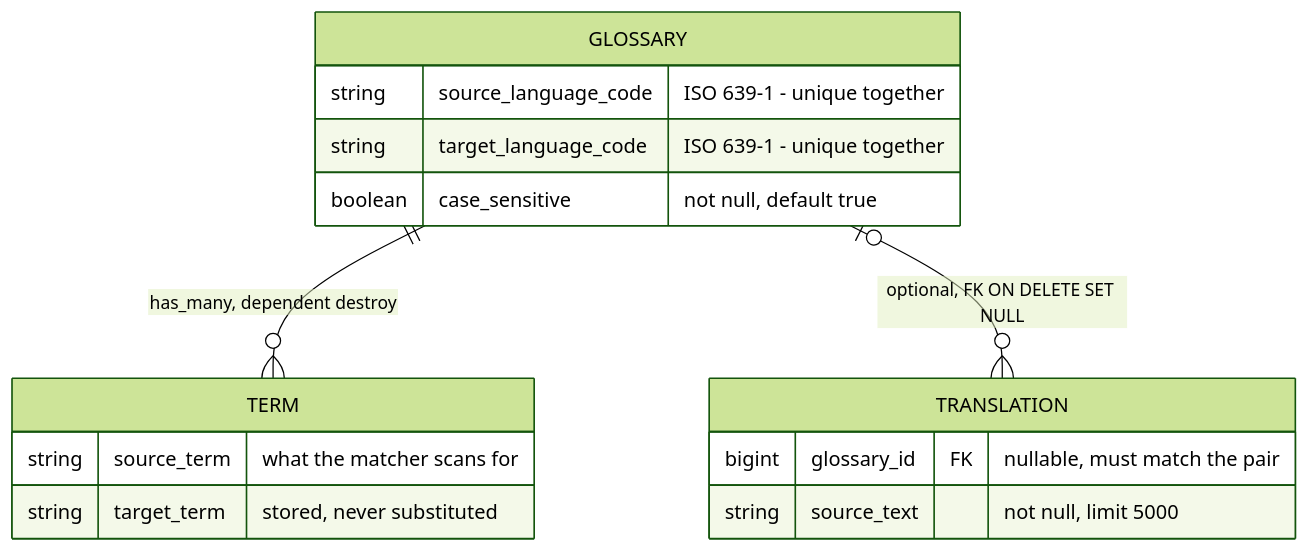
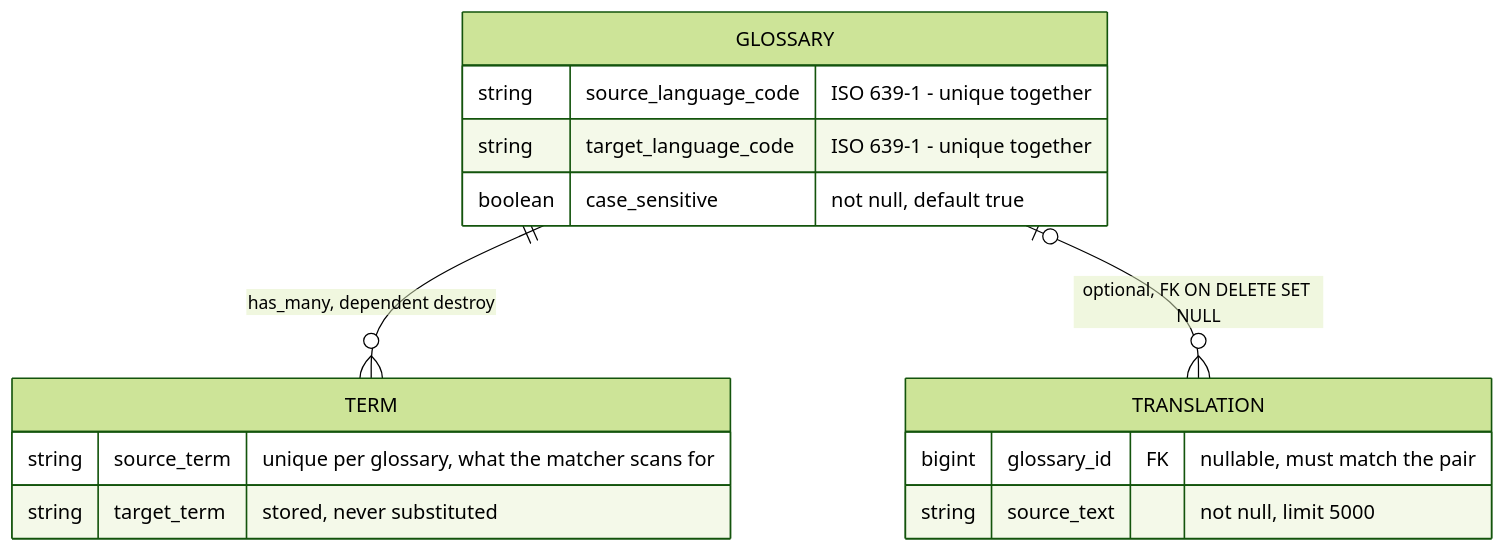
Before and after one commit to devm29/glossary-translation-api: the first of 2 diagrams in README.md, drawn with Mermaid (forest theme). The commit also changed other lines of this file and 3 other files, not shown here.

````diff
--- a/README.md
+++ b/README.md
@@ -47,18 +47,18 @@
 ```mermaid
 erDiagram
     GLOSSARY ||--o{ TERM : "has_many, dependent destroy"
     GLOSSARY |o--o{ TRANSLATION : "optional, FK ON DELETE SET NULL"
     GLOSSARY {
         string source_language_code "ISO 639-1 - unique together"
         string target_language_code "ISO 639-1 - unique together"
         boolean case_sensitive "not null, default true"
     }
     TERM {
-        string source_term "what the matcher scans for"
+        string source_term "unique per glossary, what the matcher scans for"
         string target_term "stored, never substituted"
     }
     TRANSLATION {
         bigint glossary_id FK "nullable, must match the pair"
         string source_text "not null, limit 5000"
     }
 ```
````
